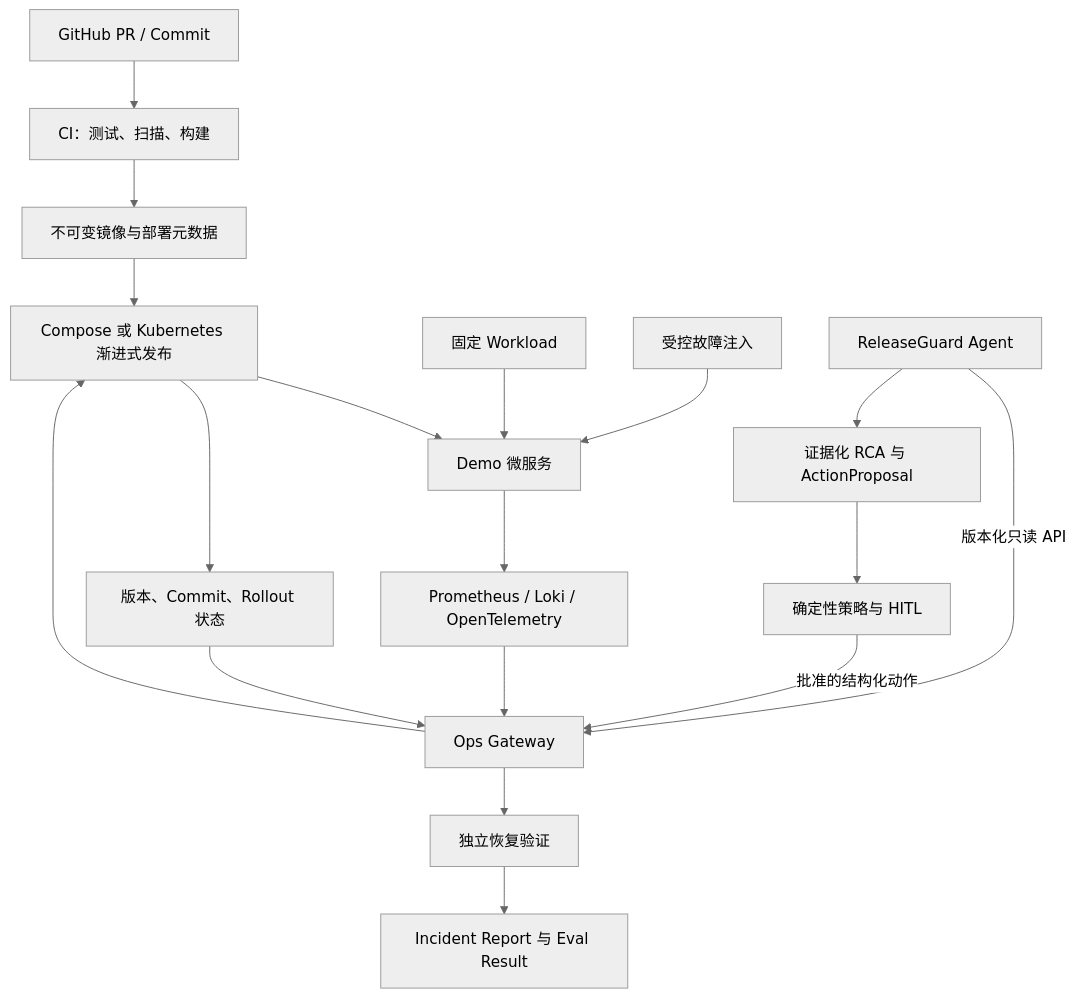
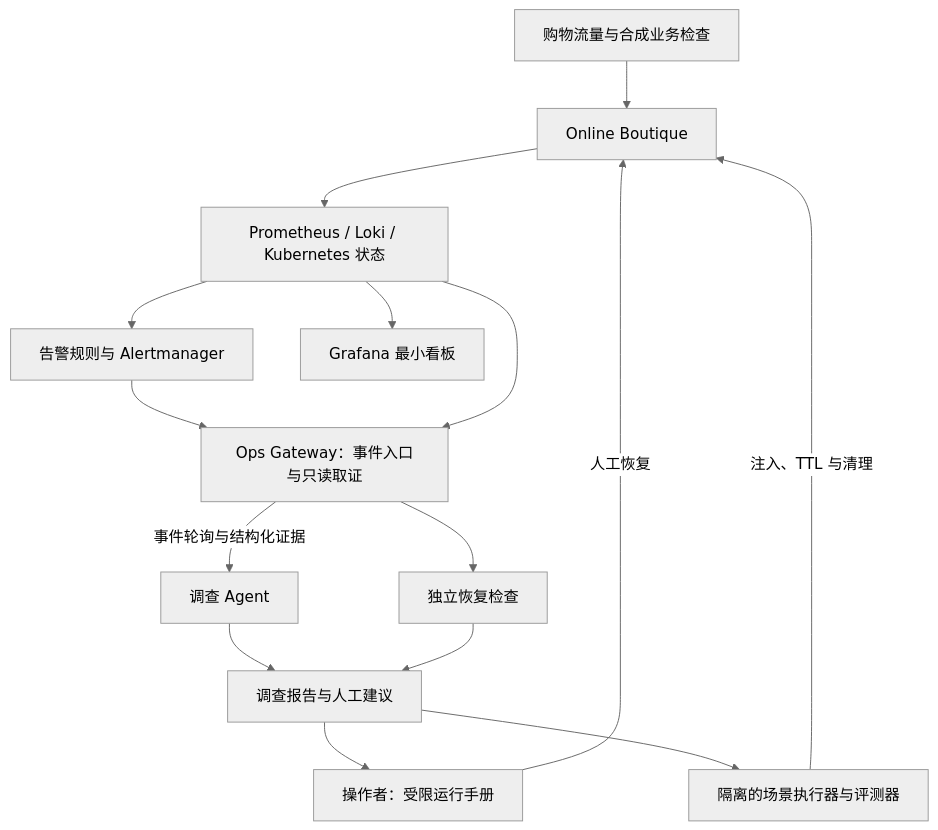
The diagram in docs/PROJECT_DIRECTION_AND_CHECKPOINTS.md (Intelligent-Artifact/ReleaseGuard), drawn with Mermaid (neutral theme) before and after one commit. The commit also changed other lines of this file and 14 other files, not shown here.

Commit message:
docs: 调整为 Online Boutique 监控主线与作品集优先路线

````diff
--- a/docs/PROJECT_DIRECTION_AND_CHECKPOINTS.md
+++ b/docs/PROJECT_DIRECTION_AND_CHECKPOINTS.md
@@ -72,20 +62,17 @@
 ```mermaid
 flowchart TB
-    GH["GitHub PR / Commit"] --> CI["CI：测试、扫描、构建"]
-    CI --> IMAGE["不可变镜像与部署元数据"]
-    IMAGE --> DELIVERY["Compose 或 Kubernetes 渐进式发布"]
-    LOAD["固定 Workload"] --> APP["Demo 微服务"]
-    DELIVERY --> APP
-    FAULT["受控故障注入"] --> APP
-    APP --> OBS["Prometheus / Loki / OpenTelemetry"]
-    DELIVERY --> META["版本、Commit、Rollout 状态"]
-    OBS --> GATEWAY["Ops Gateway"]
-    META --> GATEWAY
-    AGENT["ReleaseGuard Agent"] -->|"版本化只读 API"| GATEWAY
-    AGENT --> FINDING["证据化 RCA 与 ActionProposal"]
-    FINDING --> POLICY["确定性策略与 HITL"]
-    POLICY -->|"批准的结构化动作"| GATEWAY
-    GATEWAY --> DELIVERY
-    GATEWAY --> VERIFY["独立恢复验证"]
-    VERIFY --> REPORT["Incident Report 与 Eval Result"]
+    LOAD["购物流量与合成业务检查"] --> APP["Online Boutique"]
+    APP --> OBS["Prometheus / Loki / Kubernetes 状态"]
+    OBS --> ALERT["告警规则与 Alertmanager"]
+    ALERT --> GW["Ops Gateway：事件入口与只读取证"]
+    OBS --> GW
+    GW -->|"事件轮询与结构化证据"| AGENT["调查 Agent"]
+    AGENT --> REPORT["调查报告与人工建议"]
+    REPORT --> HUMAN["操作者：受限运行手册"]
+    HUMAN -->|"人工恢复"| APP
+    GW --> VERIFY["独立恢复检查"]
+    VERIFY --> REPORT
+    OBS --> DASH["Grafana 最小看板"]
+    EVAL["隔离的场景执行器与评测器"] -->|"注入、TTL 与清理"| APP
+    REPORT --> EVAL
 ```
````
